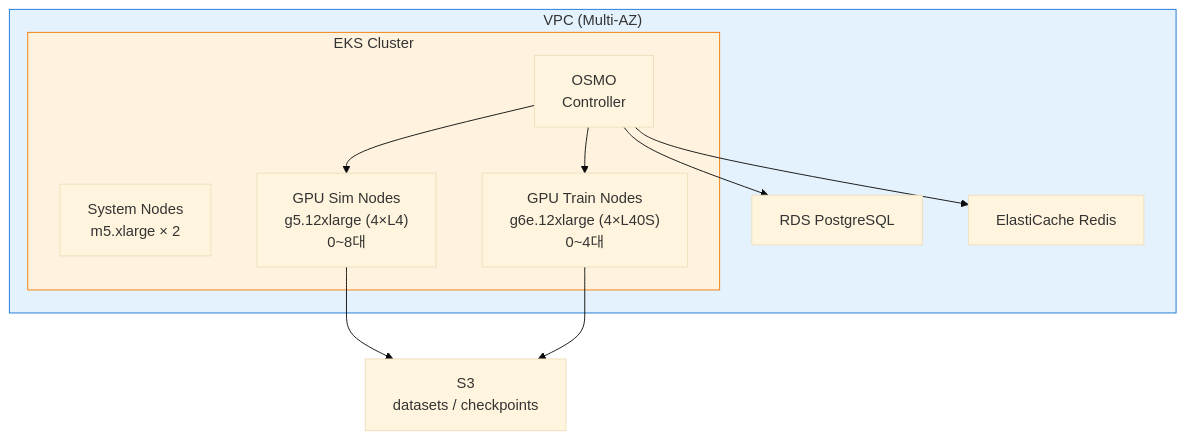
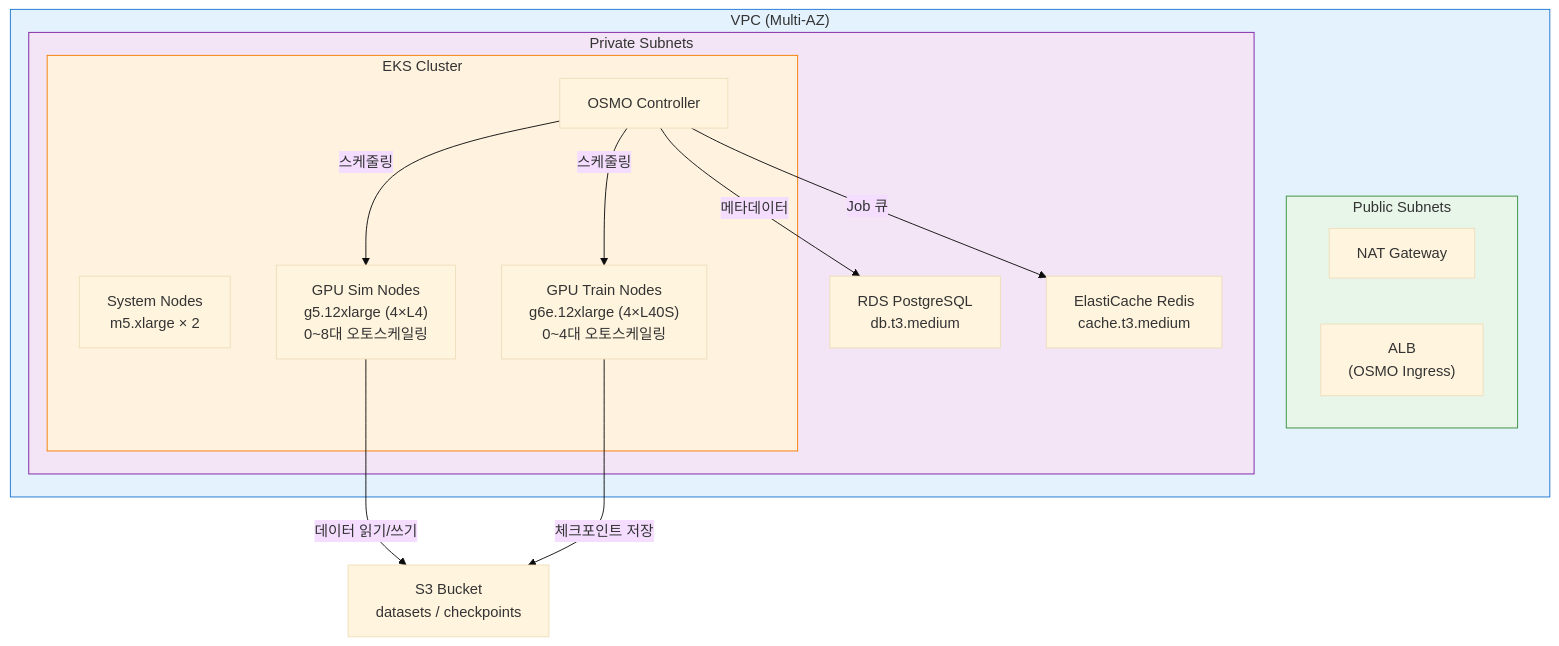
The first of 3 diagrams in osmo/README.md (hi-space/aws-physical-ai-recipes), drawn with Mermaid (base theme) before and after one commit. The commit also changed other lines of this file, not shown here.

First line of the commit message:
docs(osmo): AWS Workshop 문서 가이드 컨벤션 적용

````diff
--- a/osmo/README.md
+++ b/osmo/README.md
@@ -41,25 +63,34 @@
 ```mermaid
-graph TB
+flowchart TB
     subgraph VPC ["VPC (Multi-AZ)"]
-        subgraph EKS ["EKS Cluster"]
-            SYS["System Nodes<br/>m5.xlarge × 2"]
-            SIM["GPU Sim Nodes<br/>g5.12xlarge (4×L4)<br/>0~8대"]
-            TRAIN["GPU Train Nodes<br/>g6e.12xlarge (4×L40S)<br/>0~4대"]
-            OSMO_CTRL["OSMO<br/>Controller"]
+        subgraph PUB ["Public Subnets"]
+            NAT["NAT Gateway"]
+            ALB["ALB\n(OSMO Ingress)"]
         end
-        RDS["RDS PostgreSQL"]
-        REDIS["ElastiCache Redis"]
+
+        subgraph PRI ["Private Subnets"]
+            subgraph EKS ["EKS Cluster"]
+                SYS["System Nodes\nm5.xlarge × 2"]
+                SIM["GPU Sim Nodes\ng5.12xlarge (4×L4)\n0~8대 오토스케일링"]
+                TRAIN["GPU Train Nodes\ng6e.12xlarge (4×L40S)\n0~4대 오토스케일링"]
+                OSMO_CTRL["OSMO Controller"]
+            end
+            RDS["RDS PostgreSQL\ndb.t3.medium"]
+            REDIS["ElastiCache Redis\ncache.t3.medium"]
+        end
     end
 
-    S3["S3<br/>datasets / checkpoints"]
+    S3["S3 Bucket\ndatasets / checkpoints"]
 
-    OSMO_CTRL --> RDS
-    OSMO_CTRL --> REDIS
-    OSMO_CTRL --> SIM
-    OSMO_CTRL --> TRAIN
-    SIM --> S3
-    TRAIN --> S3
+    OSMO_CTRL -->|"메타데이터"| RDS
+    OSMO_CTRL -->|"Job 큐"| REDIS
+    OSMO_CTRL -->|"스케줄링"| SIM
+    OSMO_CTRL -->|"스케줄링"| TRAIN
+    SIM -->|"데이터 읽기/쓰기"| S3
+    TRAIN -->|"체크포인트 저장"| S3
 
     style VPC fill:#e3f2fd,stroke:#1976d2,color:#333
     style EKS fill:#fff3e0,stroke:#f57c00,color:#333
+    style PRI fill:#f3e5f5,stroke:#7b1fa2,color:#333
+    style PUB fill:#e8f5e9,stroke:#388e3c,color:#333
 ```
````
